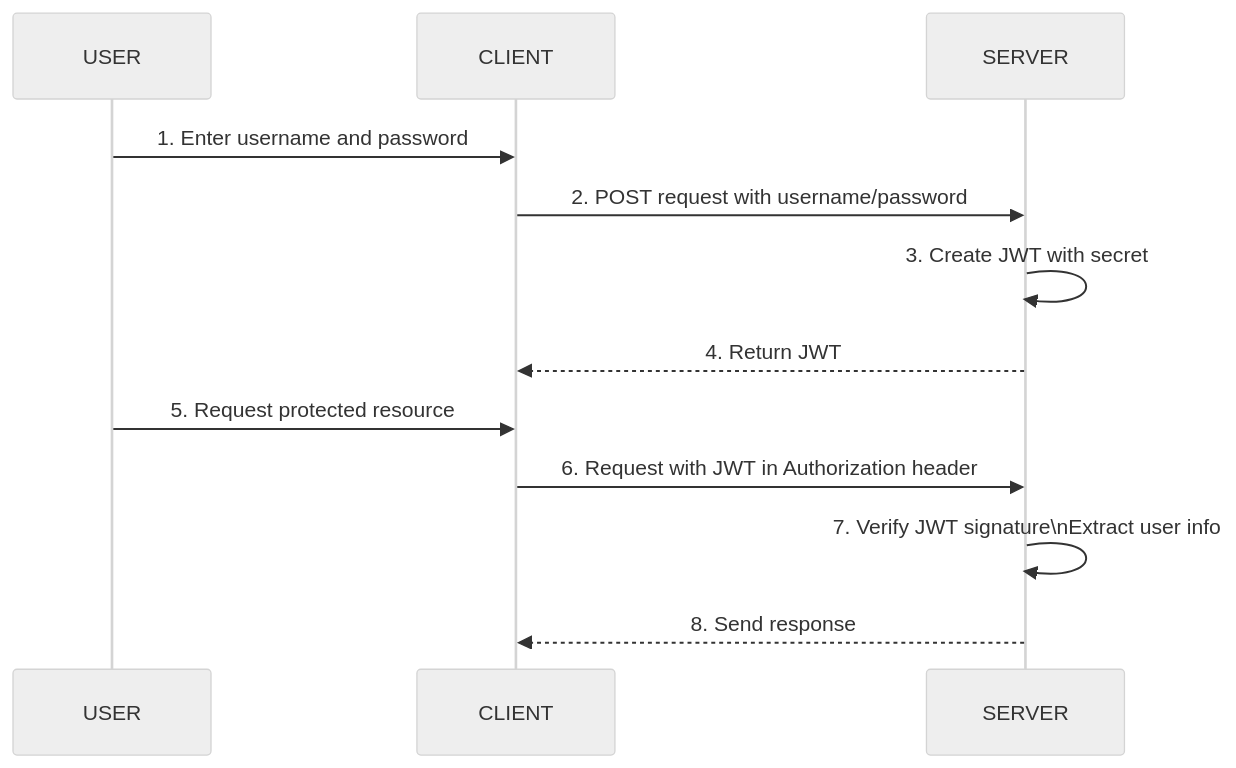
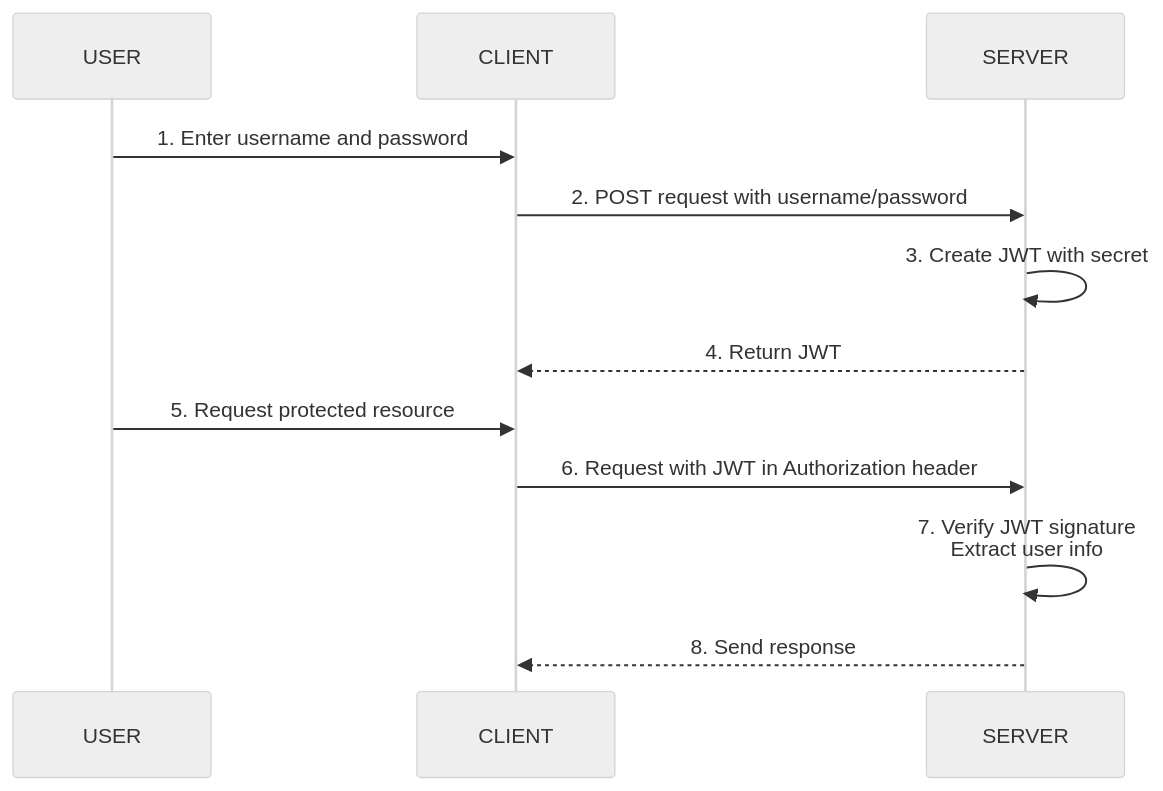
Before and after one commit to s7xWn/myFomaDocs: the second of 3 diagrams in content/docs/computer-science/auth-identification/implementation-options.mdx, drawn with Mermaid (neutral theme). The commit also changed other lines of this file and 1 other file, not shown here.

Commit message:
CScience/auth-identification fixed mermaid, cout

````diff
--- a/content/docs/computer-science/auth-identification/implementation-options.mdx
+++ b/content/docs/computer-science/auth-identification/implementation-options.mdx
@@ -284,17 +286,17 @@
 ```mermaid
 sequenceDiagram
     participant U as USER
     participant C as CLIENT
     participant S as SERVER
 
     U->>C: 1. Enter username and password
     C->>S: 2. POST request with username/password
     S->>S: 3. Create JWT with secret
     S-->>C: 4. Return JWT
 
     U->>C: 5. Request protected resource
     C->>S: 6. Request with JWT in Authorization header
-    S->>S: 7. Verify JWT signature\nExtract user info
+    S->>S: 7. Verify JWT signature<br/>Extract user info
 
     S-->>C: 8. Send response
 ```
````
